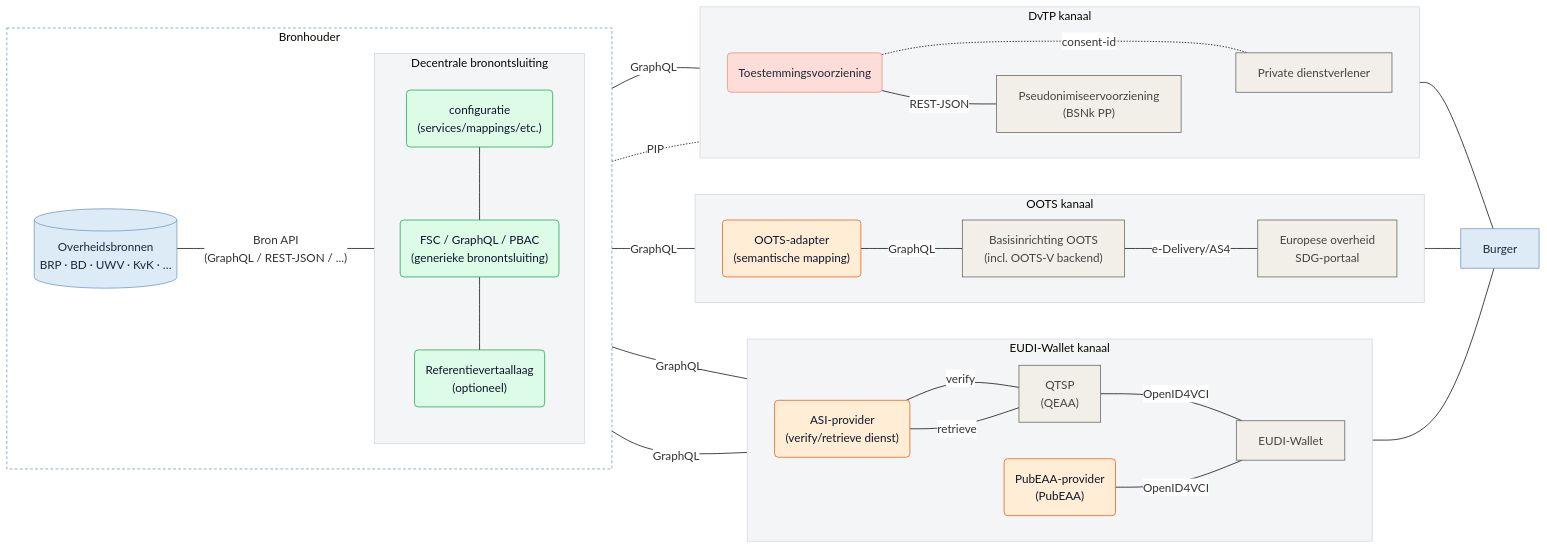
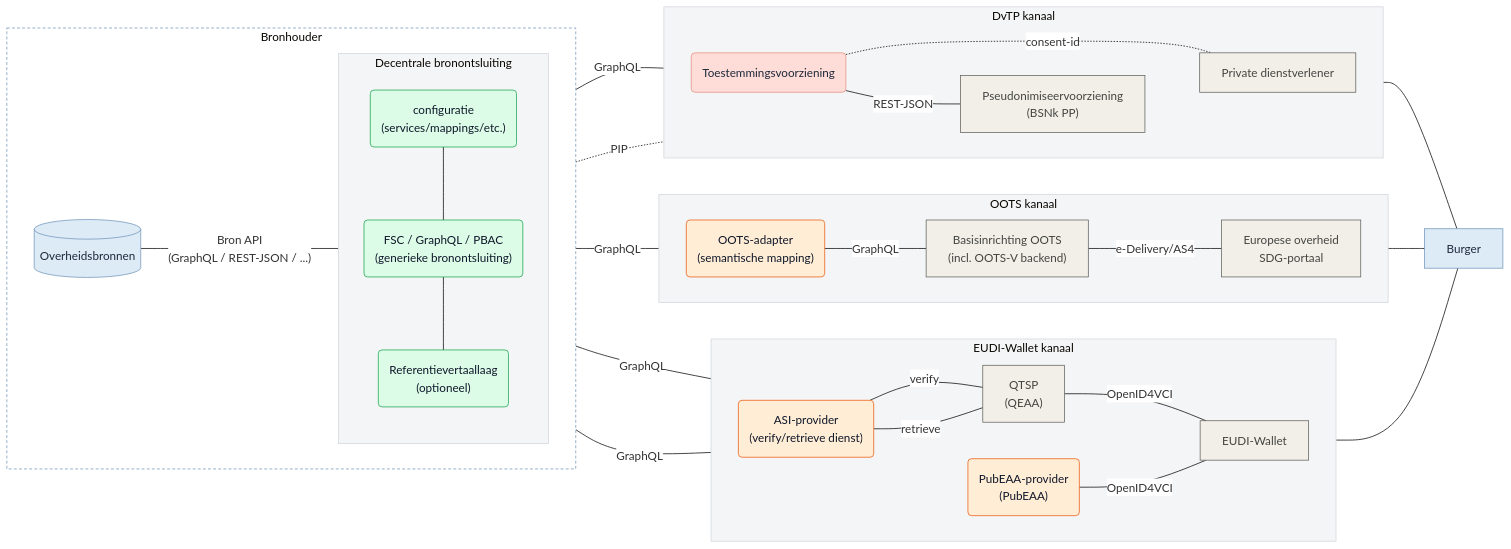
The diagram in pr-preview/pr-59/diagrammen/gbo_swimlanes.mmd (ICTU/GBO-GO), drawn with Mermaid before and after one commit. The commit also changed 5 other files, not shown here.

```diff
--- a/pr-preview/pr-59/diagrammen/gbo_swimlanes.mmd
+++ b/pr-preview/pr-59/diagrammen/gbo_swimlanes.mmd
@@ -1,97 +1,97 @@
 %%{
   init: {
     'theme': 'base',
     'themeVariables': {
       'darkMode': false,
       'background': '#FFFFFF',
       'edgeLabelBackground': '#FFFFFF'
     },
     'themeCSS': 'svg, .mermaid, #mermaid-svg, .mermaid > svg { background-color: #FFFFFF !important; background: #FFFFFF !important; } @media (prefers-color-scheme: dark) { svg, .mermaid, #mermaid-svg, .mermaid > svg { background-color: #FFFFFF !important; background: #FFFFFF !important; } }'
   }
 }%%
 flowchart LR
   subgraph bronhouder["Bronhouder"]
     direction LR
-        bron[("Overheidsbronnen<br/>BRP · BD · UWV · KvK · …")]
+        bron[("Overheidsbronnen")]
     subgraph gbo["Decentrale bronontsluiting"]
       direction TB
           fsc_config("configuratie<br/>(services/mappings/etc.)")
           fsc("FSC / GraphQL / PBAC<br/>(generieke bronontsluiting)")
           fsc_tools("Referentievertaallaag<br/>(optioneel)")
     end
   end
   subgraph eudi["EUDI-Wallet kanaal"]
     direction LR
         eudi_asi("ASI-provider<br/>(verify/retrieve dienst)")
         eudi_pubeaa("PubEAA-provider<br/>(PubEAA)")
         eudi_qeaa["QTSP<br/>(QEAA)"]
         eudi_wallet["EUDI-Wallet"]
   end
   subgraph oots["OOTS kanaal"]
     direction LR
         oots_adapter("OOTS-adapter<br/>(semantische mapping)")
         oots_basis["Basisinrichting OOTS<br/>(incl. OOTS-V backend)"]
         oots_afnemer["Europese overheid<br/>SDG-portaal"]
   end
   subgraph dvtp["DvTP kanaal"]
     direction LR
         dvtp_toestemming("Toestemmingsvoorziening")
         dvtp_pseudoniem["Pseudonimiseervoorziening<br/>(BSNk PP)"]
         dvtp_afnemer["Private dienstverlener"]
   end
 
   fsc_config --- fsc
   fsc --- fsc_tools
   bron -- Bron API<br/>(GraphQL / REST-JSON / ...) --- gbo
   eudi_asi -- verify --- eudi_qeaa
   eudi_asi -- retrieve --- eudi_qeaa
   eudi_qeaa -- OpenID4VCI --- eudi_wallet
   gbo -- GraphQL --- eudi_asi & eudi_pubeaa & oots_adapter & dvtp_afnemer
   eudi_asi ~~~ eudi_pubeaa
   eudi_pubeaa -- OpenID4VCI --- eudi_wallet
   oots_adapter -- GraphQL --- oots_basis
   oots_basis -- e-Delivery/AS4 --- oots_afnemer
   gbo -. PIP .- dvtp_toestemming
   dvtp_toestemming -. consent-id .- dvtp_afnemer
   dvtp_toestemming -- REST-JSON --- dvtp_pseudoniem
   dvtp_pseudoniem ~~~ dvtp_afnemer
   eudi_wallet --- burger["Burger"]
   oots_afnemer --- burger
   dvtp_afnemer --- burger
 
   fsc:::gbo_d
   fsc_tools:::gbo_d
   fsc_config:::gbo_d
   eudi_asi:::gbo_k
   eudi_pubeaa:::gbo_k
   eudi_qeaa:::eudi
   eudi_wallet:::eudi
   oots_adapter:::gbo_k
   oots_basis:::oots
   oots_afnemer:::oots
   dvtp_toestemming:::gbo_c
   dvtp_pseudoniem:::dvtp
   dvtp_afnemer:::dvtp
   bron:::bron
   burger:::burger
 
   %% Subgraph Stijlen
   style bronhouder fill:#FFFFFF,stroke:#6F94B8,stroke-width:1px,stroke-dasharray:4 3
   style gbo fill:#F4F5F7,stroke:#D1D5DB,stroke-width:1px
   style eudi fill:#F4F5F7,stroke:#D1D5DB,stroke-width:1px
   style oots fill:#F4F5F7,stroke:#D1D5DB,stroke-width:1px
   style dvtp fill:#F4F5F7,stroke:#D1D5DB,stroke-width:1px
 
   %% Elementstijlen
   classDef bron fill:#DDEBF7,stroke:#6F94B8,color:#1E293B
   classDef burger fill:#DDEBF7,stroke:#6F94B8,color:#1E293B
 
   classDef eudi fill:#f1efe8,stroke:#5f5e5a,color:#444441
   classDef oots fill:#f1efe8,stroke:#5f5e5a,color:#444441
   classDef dvtp fill:#f1efe8,stroke:#5f5e5a,color:#444441
 
   classDef gbo_c fill:#FEDCD8,stroke:#E28F80,color:#1E293B
   classDef gbo_d fill:#DCFCE7,stroke:#16A34A,color:#0F172A
   classDef gbo_k fill:#FFEDD5,stroke:#EA580C,color:#0F172A
   %% Eventueel een gestippelde box voor de OOTS-adpater - die gegevensstroom werkt ook zonder de adapter
   classDef gbo_k_o fill:#FFEDD5,stroke:#EA580C,color:#0F172A,stroke-dasharray:10 10
```
